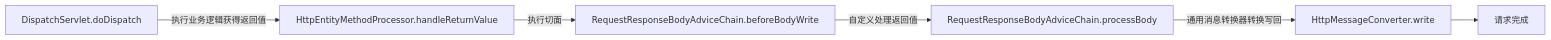
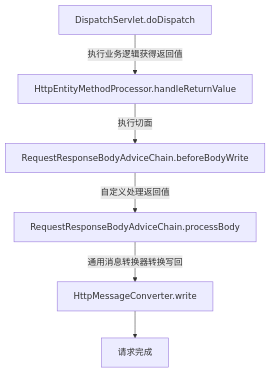
One commit to k55k32/diamondfsd-blog changed the diagram in _posts/2019-07-02-make-you-web-app-graceful-return-value-process.markdown. Above: the diagram before and after it, drawn with Mermaid. The commit also changed other lines of this file and 1 other file, not shown here.

Commit message:
adjust mermaid style

```diff
--- a/_posts/2019-07-02-make-you-web-app-graceful-return-value-process.markdown
+++ b/_posts/2019-07-02-make-you-web-app-graceful-return-value-process.markdown
@@ -45,8 +45,8 @@
 <div class="mermaid">
-  graph LR
+  graph TB
       A[DispatchServlet.doDispatch] -- "执行业务逻辑获得返回值" --> B[HttpEntityMethodProcessor.handleReturnValue]
 	  B -- "执行切面" --> C[RequestResponseBodyAdviceChain.beforeBodyWrite]
 	  C -- "自定义处理返回值" --> D[RequestResponseBodyAdviceChain.processBody]
 	  D -- "通用消息转换器转换写回" --> E[HttpMessageConverter.write]
 	  E --> F[请求完成]
 </div>
```
